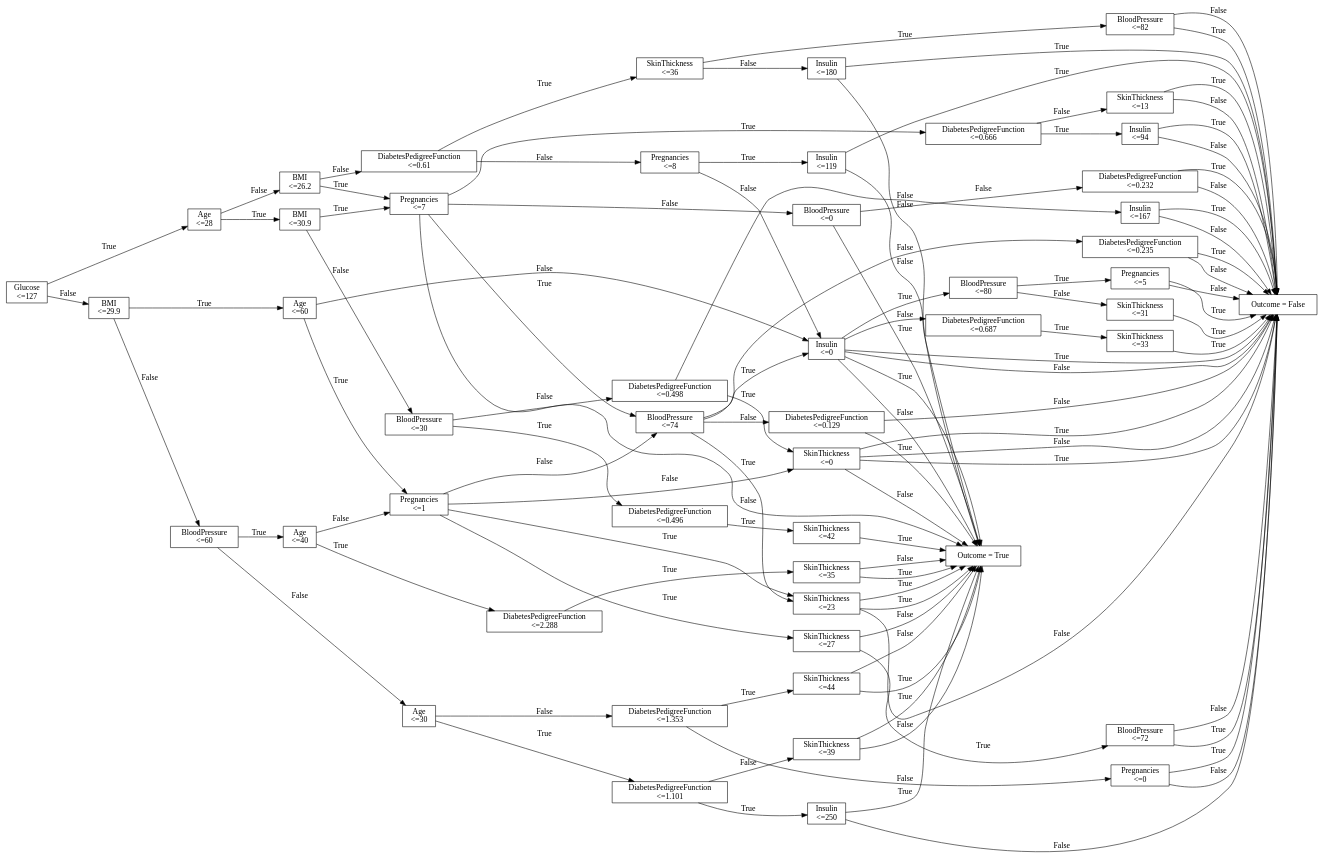
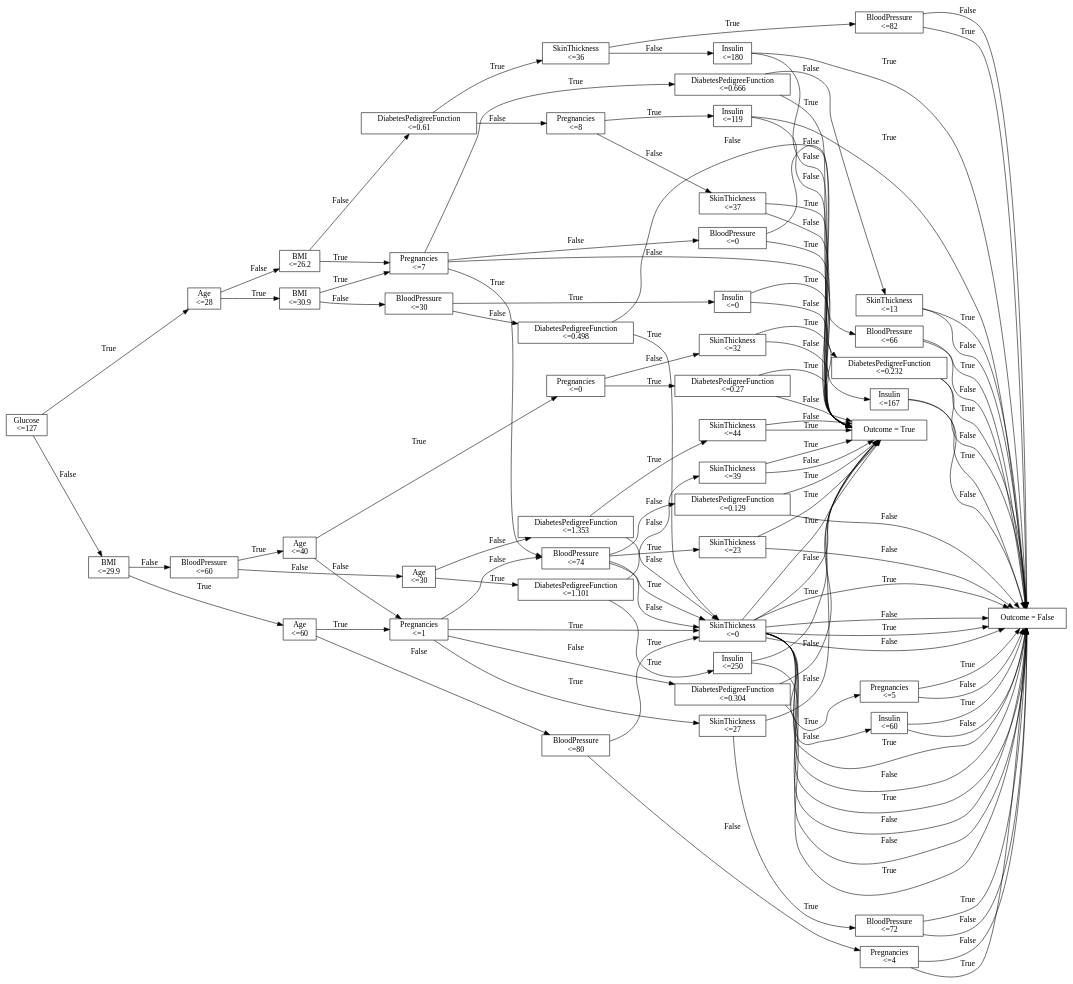
The diagram in Assignment-1/decision_tree.gv (Debanjan2001/CS60050-Machine-Learning), drawn with Graphviz before and after one commit. The commit also changed 4 other files, not shown here.

```diff
--- a/Assignment-1/decision_tree.gv
+++ b/Assignment-1/decision_tree.gv
@@ -35,8 +35,8 @@
 <=60" -> "Pregnancies
 <=1" [label=True]
 	"Age
-<=60" -> "Insulin
-<=0" [label=False]
+<=60" -> "BloodPressure
+<=80" [label=False]
 	"BloodPressure
 <=60" -> "Age
 <=40" [label=True]
@@ -49,8 +49,8 @@
 	"Pregnancies
 <=7" -> "Outcome = True" [label=False]
 	"BloodPressure
-<=30" -> "DiabetesPedigreeFunction
-<=0.496" [label=True]
+<=30" -> "Insulin
+<=0" [label=True]
 	"BloodPressure
 <=30" -> "DiabetesPedigreeFunction
 <=0.498" [label=False]
@@ -72,15 +72,15 @@
 	"Pregnancies
 <=1" -> "BloodPressure
 <=74" [label=False]
-	"Insulin
-<=0" -> "BloodPressure
-<=80" [label=True]
-	"Insulin
-<=0" -> "DiabetesPedigreeFunction
-<=0.687" [label=False]
+	"BloodPressure
+<=80" -> "SkinThickness
+<=0" [label=True]
+	"BloodPressure
+<=80" -> "Pregnancies
+<=4" [label=False]
 	"Age
-<=40" -> "DiabetesPedigreeFunction
-<=2.288" [label=True]
+<=40" -> "Pregnancies
+<=0" [label=True]
 	"Age
 <=40" -> "Pregnancies
 <=1" [label=False]
@@ -91,14 +91,15 @@
 <=30" -> "DiabetesPedigreeFunction
 <=1.353" [label=False]
 	"DiabetesPedigreeFunction
-<=0.666" -> "Insulin
-<=94" [label=True]
+<=0.666" -> "BloodPressure
+<=66" [label=True]
 	"DiabetesPedigreeFunction
 <=0.666" -> "SkinThickness
 <=13" [label=False]
-	"DiabetesPedigreeFunction
-<=0.496" -> "SkinThickness
-<=42" [label=True]
+	"Insulin
+<=0" -> "Outcome = True" [label=True]
+	"Insulin
+<=0" -> "Outcome = True" [label=False]
 	"DiabetesPedigreeFunction
 <=0.498" -> "SkinThickness
 <=0" [label=True]
@@ -106,11 +107,11 @@
 <=0.498" -> "Insulin
 <=167" [label=False]
 	"BloodPressure
-<=74" -> "Insulin
+<=74" -> "SkinThickness
 <=0" [label=True]
 	"BloodPressure
-<=74" -> "DiabetesPedigreeFunction
-<=0.235" [label=False]
+<=74" -> "SkinThickness
+<=0" [label=False]
 	"BloodPressure
 <=0" -> "Outcome = True" [label=True]
 	"BloodPressure
@@ -126,8 +127,8 @@
 <=8" -> "Insulin
 <=119" [label=True]
 	"Pregnancies
-<=8" -> "Insulin
-<=0" [label=False]
+<=8" -> "SkinThickness
+<=37" [label=False]
 	"SkinThickness
 <=27" -> "BloodPressure
 <=72" [label=True]
@@ -139,24 +140,28 @@
 	"BloodPressure
 <=74" -> "DiabetesPedigreeFunction
 <=0.129" [label=False]
-	"BloodPressure
-<=80" -> "Pregnancies
+	"SkinThickness
+<=0" -> "Pregnancies
 <=5" [label=True]
-	"BloodPressure
-<=80" -> "SkinThickness
-<=31" [label=False]
-	"DiabetesPedigreeFunction
-<=0.687" -> "SkinThickness
-<=33" [label=True]
-	"DiabetesPedigreeFunction
-<=2.288" -> "SkinThickness
-<=35" [label=True]
+	"SkinThickness
+<=0" -> "Insulin
+<=60" [label=False]
+	"Pregnancies
+<=4" -> "Outcome = False" [label=True]
+	"Pregnancies
+<=4" -> "Outcome = False" [label=False]
+	"Pregnancies
+<=0" -> "DiabetesPedigreeFunction
+<=0.27" [label=True]
+	"Pregnancies
+<=0" -> "SkinThickness
+<=32" [label=False]
 	"Pregnancies
 <=1" -> "SkinThickness
-<=23" [label=True]
+<=0" [label=True]
 	"Pregnancies
-<=1" -> "SkinThickness
-<=0" [label=False]
+<=1" -> "DiabetesPedigreeFunction
+<=0.304" [label=False]
 	"DiabetesPedigreeFunction
 <=1.101" -> "Insulin
 <=250" [label=True]
@@ -167,18 +172,16 @@
 <=1.353" -> "SkinThickness
 <=44" [label=True]
 	"DiabetesPedigreeFunction
-<=1.353" -> "Pregnancies
+<=1.353" -> "SkinThickness
 <=0" [label=False]
-	"Insulin
-<=94" -> "Outcome = False" [label=True]
-	"Insulin
-<=94" -> "Outcome = False" [label=False]
+	"BloodPressure
+<=66" -> "Outcome = False" [label=True]
+	"BloodPressure
+<=66" -> "Outcome = False" [label=False]
 	"SkinThickness
 <=13" -> "Outcome = False" [label=True]
 	"SkinThickness
 <=13" -> "Outcome = False" [label=False]
-	"SkinThickness
-<=42" -> "Outcome = True" [label=True]
 	"SkinThickness
 <=0" -> "Outcome = False" [label=True]
 	"SkinThickness
@@ -187,14 +190,14 @@
 <=167" -> "Outcome = False" [label=True]
 	"Insulin
 <=167" -> "Outcome = False" [label=False]
-	"Insulin
+	"SkinThickness
 <=0" -> "Outcome = False" [label=True]
-	"Insulin
+	"SkinThickness
 <=0" -> "Outcome = False" [label=False]
-	"DiabetesPedigreeFunction
-<=0.235" -> "Outcome = False" [label=True]
-	"DiabetesPedigreeFunction
-<=0.235" -> "Outcome = False" [label=False]
+	"SkinThickness
+<=0" -> "Outcome = False" [label=True]
+	"SkinThickness
+<=0" -> "Outcome = False" [label=False]
 	"DiabetesPedigreeFunction
 <=0.232" -> "Outcome = False" [label=True]
 	"DiabetesPedigreeFunction
@@ -211,10 +214,10 @@
 <=119" -> "Outcome = False" [label=True]
 	"Insulin
 <=119" -> "Outcome = True" [label=False]
-	"Insulin
-<=0" -> "Outcome = True" [label=True]
-	"Insulin
-<=0" -> "Outcome = True" [label=False]
+	"SkinThickness
+<=37" -> "Outcome = True" [label=True]
+	"SkinThickness
+<=37" -> "Outcome = True" [label=False]
 	"BloodPressure
 <=72" -> "Outcome = False" [label=True]
 	"BloodPressure
@@ -231,20 +234,26 @@
 <=5" -> "Outcome = False" [label=True]
 	"Pregnancies
 <=5" -> "Outcome = False" [label=False]
+	"Insulin
+<=60" -> "Outcome = False" [label=True]
+	"Insulin
+<=60" -> "Outcome = False" [label=False]
+	"DiabetesPedigreeFunction
+<=0.27" -> "Outcome = True" [label=True]
+	"DiabetesPedigreeFunction
+<=0.27" -> "Outcome = True" [label=False]
 	"SkinThickness
-<=31" -> "Outcome = False" [label=True]
+<=32" -> "Outcome = True" [label=True]
 	"SkinThickness
-<=33" -> "Outcome = False" [label=True]
+<=32" -> "Outcome = True" [label=False]
 	"SkinThickness
-<=35" -> "Outcome = True" [label=True]
-	"SkinThickness
-<=35" -> "Outcome = True" [label=False]
-	"SkinThickness
-<=23" -> "Outcome = True" [label=True]
-	"SkinThickness
-<=0" -> "Outcome = False" [label=True]
+<=0" -> "Outcome = True" [label=True]
 	"SkinThickness
 <=0" -> "Outcome = True" [label=False]
+	"DiabetesPedigreeFunction
+<=0.304" -> "Outcome = False" [label=True]
+	"DiabetesPedigreeFunction
+<=0.304" -> "Outcome = True" [label=False]
 	"Insulin
 <=250" -> "Outcome = True" [label=True]
 	"Insulin
@@ -257,8 +266,8 @@
 <=44" -> "Outcome = True" [label=True]
 	"SkinThickness
 <=44" -> "Outcome = True" [label=False]
-	"Pregnancies
+	"SkinThickness
 <=0" -> "Outcome = False" [label=True]
-	"Pregnancies
+	"SkinThickness
 <=0" -> "Outcome = False" [label=False]
 }
```
